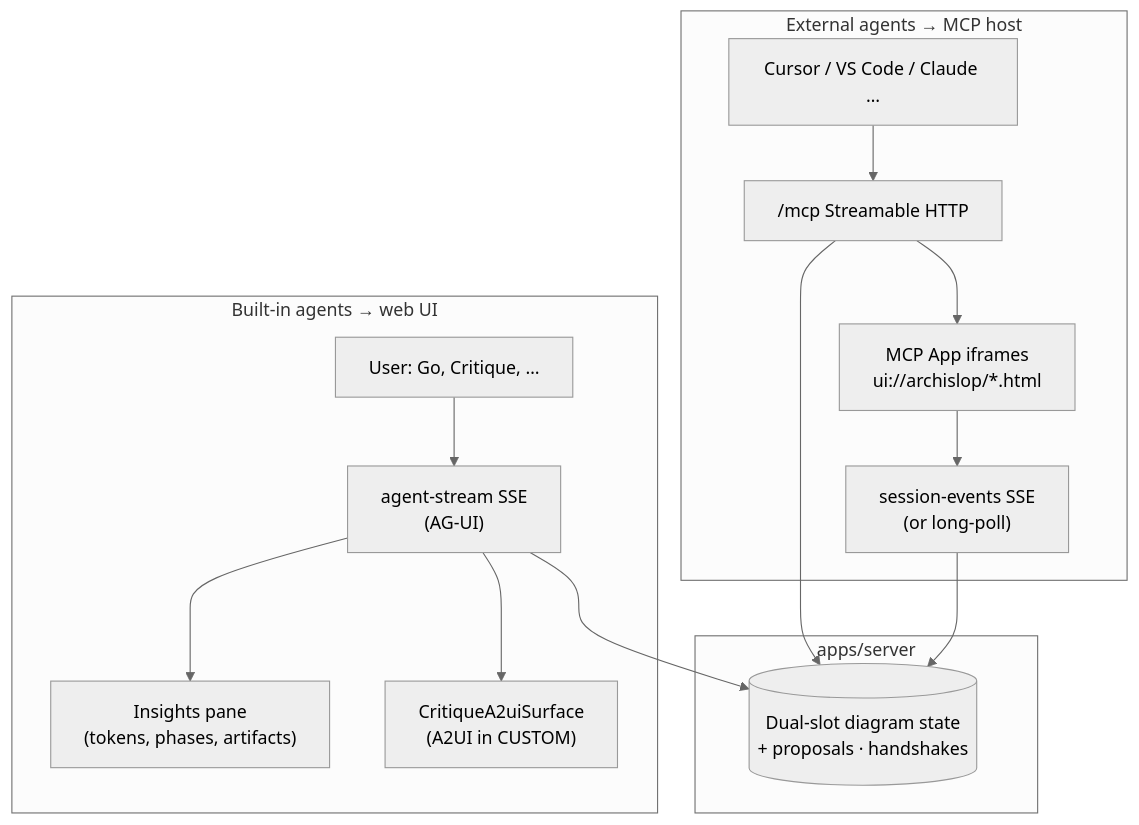
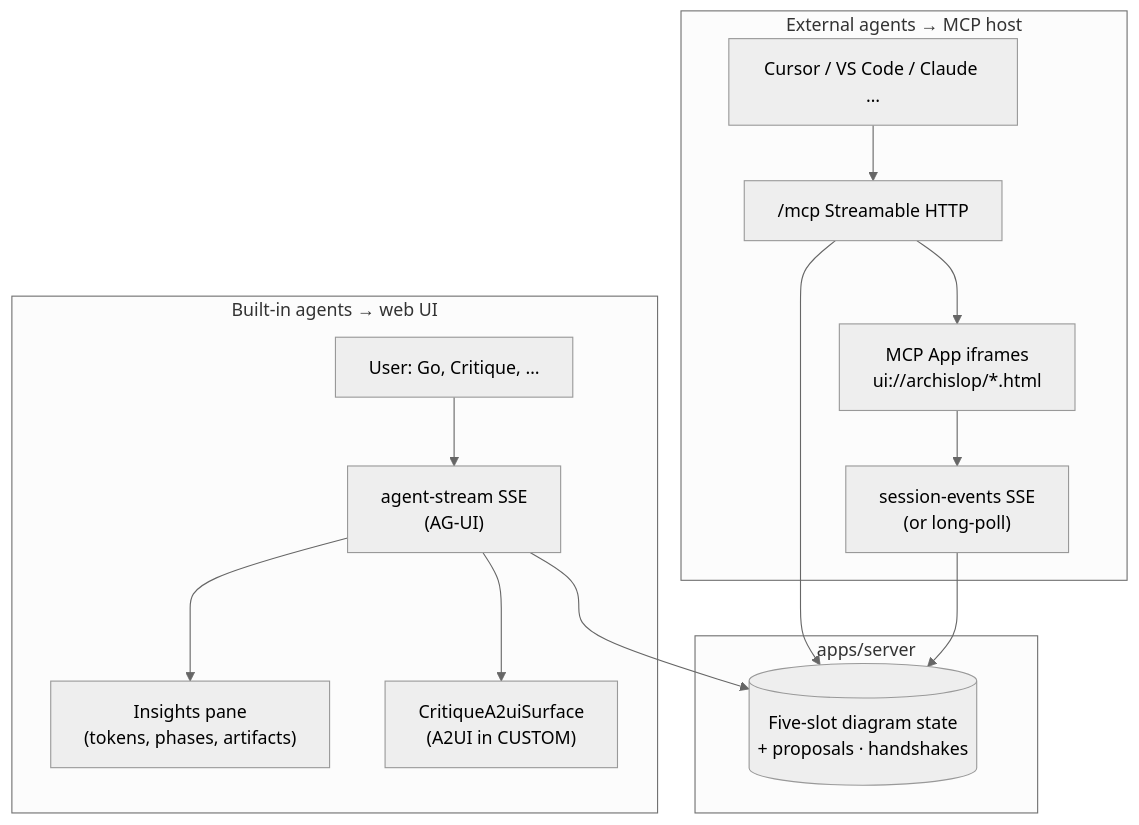
Before and after one commit to acuhlmann/mermaid-gen: the diagram in docs/architecture-generative-ui.md, drawn with Mermaid (neutral theme). The commit also changed 20 other files, not shown here.

First line of the commit message:
docs: align human and agent docs with five-slot model

````diff
--- a/docs/architecture-generative-ui.md
+++ b/docs/architecture-generative-ui.md
@@ -17,29 +17,29 @@
 ```mermaid
 flowchart TB
   subgraph web ["Built-in agents → web UI"]
     U[User: Go, Critique, …]
     SSE["agent-stream SSE\n(AG-UI)"]
     Insights["Insights pane\n(tokens, phases, artifacts)"]
     A2UI["CritiqueA2uiSurface\n(A2UI in CUSTOM)"]
     U --> SSE --> Insights
     SSE --> A2UI
   end
 
   subgraph mcp ["External agents → MCP host"]
     Agent[Cursor / VS Code / Claude …]
     MCP["/mcp Streamable HTTP"]
     Apps["MCP App iframes\nui://archislop/*.html"]
     SE["session-events SSE\n(or long-poll)"]
     Agent --> MCP
     MCP --> Apps
     Apps --> SE
   end
 
   subgraph server ["apps/server"]
-    State[("Dual-slot diagram state\n+ proposals · handshakes")]
+    State[("Five-slot diagram state\n+ proposals · handshakes")]
   end
 
   SSE --> State
   MCP --> State
   SE --> State
 ```
````
